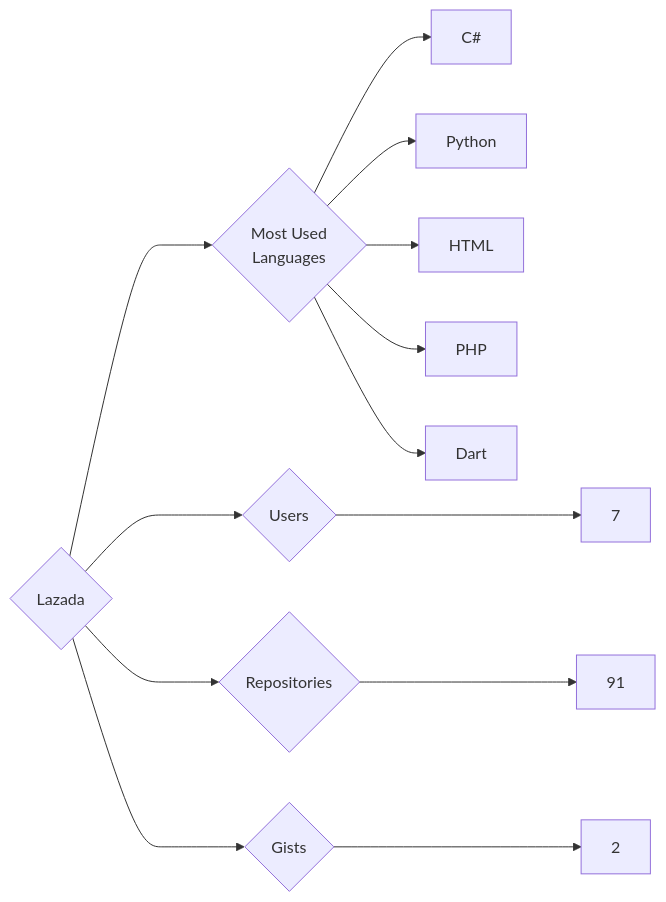
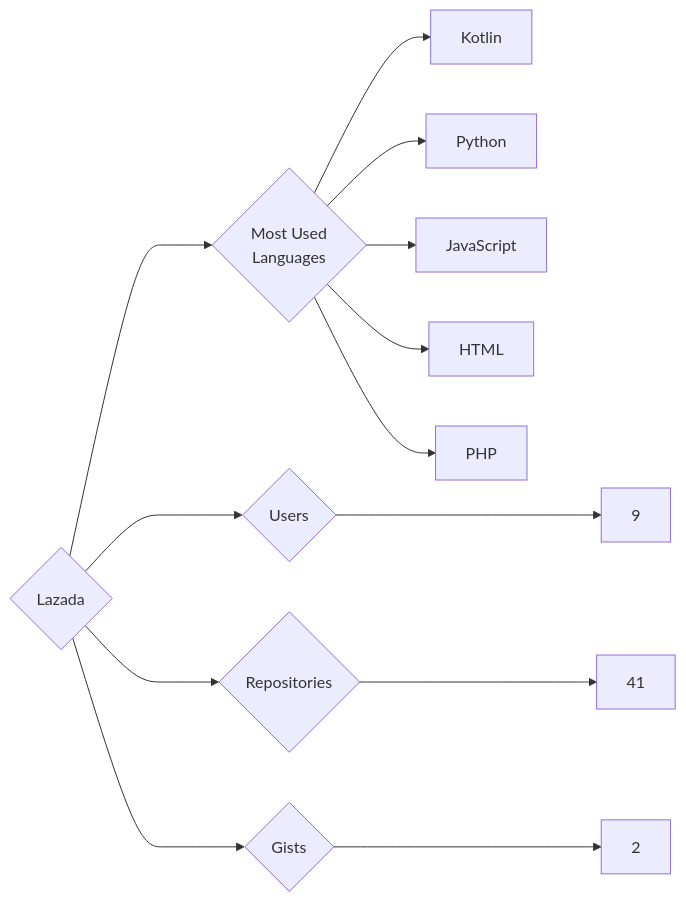
Before and after one commit to trickest/insiders: the diagram in targets/Lazada/README.md, drawn with Mermaid. The commit also changed 718 other files, not shown here.

````diff
--- a/targets/Lazada/README.md
+++ b/targets/Lazada/README.md
@@ -3,13 +3,13 @@
 ```mermaid
 graph LR
 COMPANY_NAME{Lazada}
-COMPANY_NAME ---> U{Users} ---> UN[7]
-COMPANY_NAME ---> R{Repositories} ---> RN[91]
+COMPANY_NAME ---> U{Users} ---> UN[9]
+COMPANY_NAME ---> R{Repositories} ---> RN[41]
 COMPANY_NAME ---> G{Gists} ---> GN[2]
 COMPANY_NAME ---> ML{Most Used<br>Languages}
-ML --> C#[C#]
+ML --> Kotlin[Kotlin]
 ML --> Python[Python]
+ML --> JavaScript[JavaScript]
 ML --> HTML[HTML]
 ML --> PHP[PHP]
-ML --> Dart[Dart]
 ```
````
